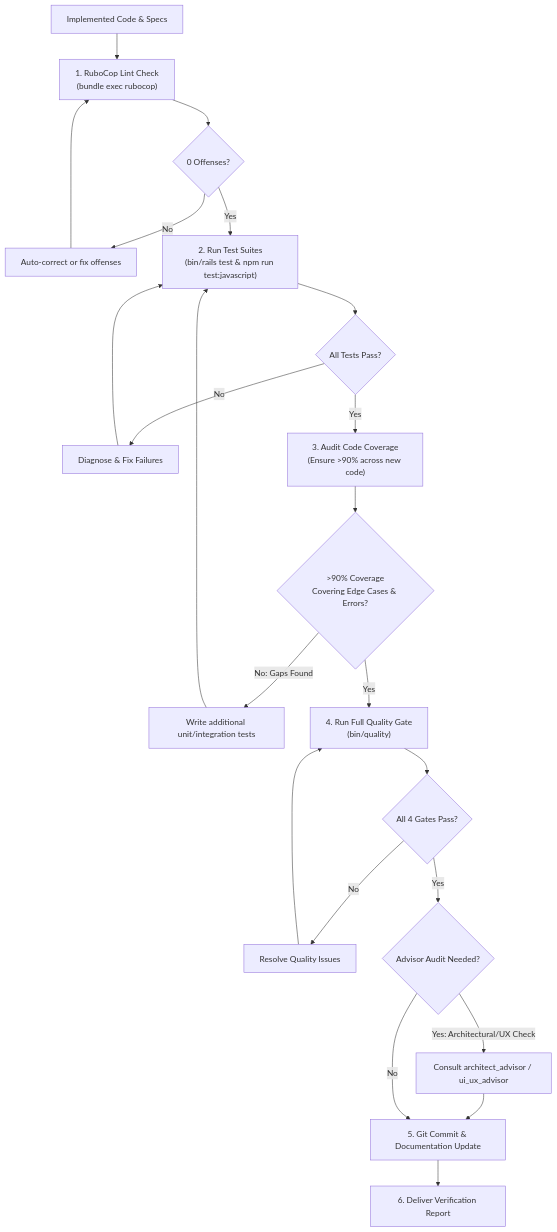
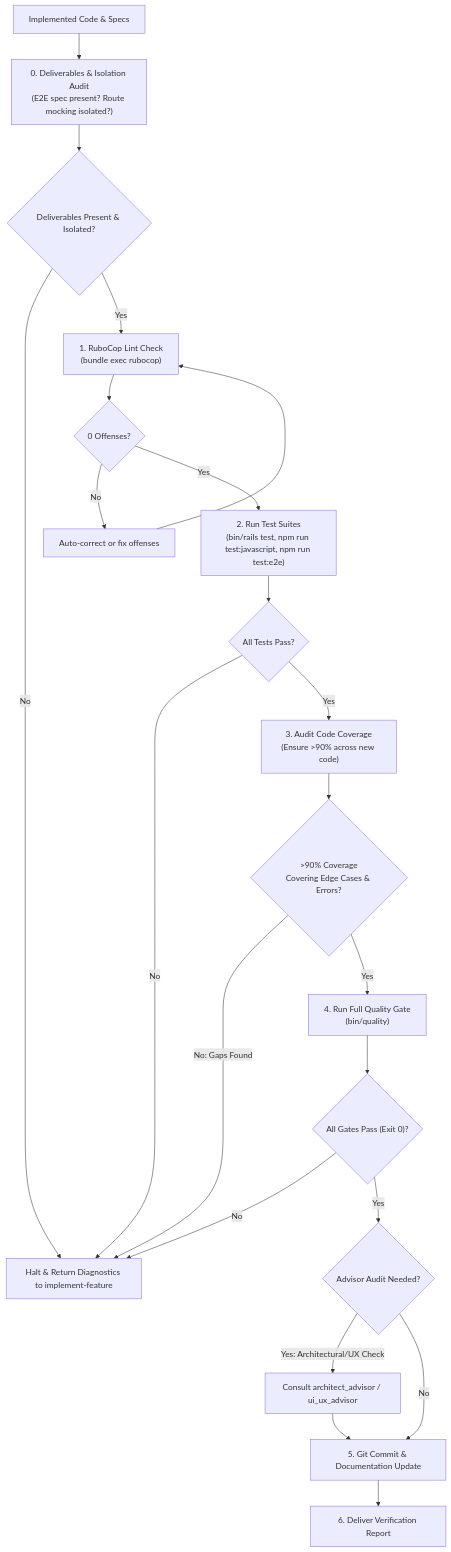
One commit to sonzra/sonzra changed the diagram in .agents/skills/verify-implementation/SKILL.md. Above: the diagram before and after it, drawn with Mermaid. The commit also changed other lines of this file and 81 other files, not shown here.

First line of the commit message:
feat(release): architecture decoupling, playlist additions (#4), and release automation (#18)

````diff
--- a/.agents/skills/verify-implementation/SKILL.md
+++ b/.agents/skills/verify-implementation/SKILL.md
@@ -17,28 +22,29 @@
 ```mermaid
 flowchart TD
-    Handoff["Implemented Code & Specs"] --> Lint["1. RuboCop Lint Check\n(bundle exec rubocop)"]
+    Handoff["Implemented Code & Specs"] --> AuditDeliverables["0. Deliverables & Isolation Audit\n(E2E spec present? Route mocking isolated?)"]
+    AuditDeliverables --> DelivCheck{"Deliverables Present & Isolated?"}
+    DelivCheck -->|No| FailHalt["Halt & Return Diagnostics to implement-feature"]
+    
+    DelivCheck -->|Yes| Lint["1. RuboCop Lint Check\n(bundle exec rubocop)"]
     Lint --> LintFix{"0 Offenses?"}
     LintFix -->|No| AutoCorrect["Auto-correct or fix offenses"]
     AutoCorrect --> Lint
     
-    LintFix -->|Yes| RunTests["2. Run Test Suites\n(bin/rails test & npm run test:javascript)"]
+    LintFix -->|Yes| RunTests["2. Run Test Suites\n(bin/rails test, npm run test:javascript, npm run test:e2e)"]
     RunTests --> TestPass{"All Tests Pass?"}
-    TestPass -->|No| FixBugs["Diagnose & Fix Failures"]
-    FixBugs --> RunTests
+    TestPass -->|No| FailHalt
     
     TestPass -->|Yes| AuditCoverage["3. Audit Code Coverage\n(Ensure >90% across new code)"]
     AuditCoverage --> CoverageCheck{">90% Coverage\nCovering Edge Cases & Errors?"}
-    CoverageCheck -->|No: Gaps Found| AddTests["Write additional unit/integration tests"]
-    AddTests --> RunTests
+    CoverageCheck -->|No: Gaps Found| FailHalt
     
     CoverageCheck -->|Yes| QualityGate["4. Run Full Quality Gate\n(bin/quality)"]
-    QualityGate --> GateCheck{"All 4 Gates Pass?"}
-    GateCheck -->|No| FixQuality["Resolve Quality Issues"]
-    FixQuality --> QualityGate
+    QualityGate --> GateCheck{"All Gates Pass (Exit 0)?"}
+    GateCheck -->|No| FailHalt
     
     GateCheck -->|Yes| AdvisorCheck{"Advisor Audit Needed?"}
     AdvisorCheck -->|Yes: Architectural/UX Check| ConsultAdvisors["Consult architect_advisor / ui_ux_advisor"]
-    ConsultAdvisors --> Commit
-    AdvisorCheck -->|No| Commit["5. Git Commit & Documentation Update"]
+    ConsultAdvisors --> Commit["5. Git Commit & Documentation Update"]
+    AdvisorCheck -->|No| Commit
     Commit --> Report["6. Deliver Verification Report"]
 ```
````
